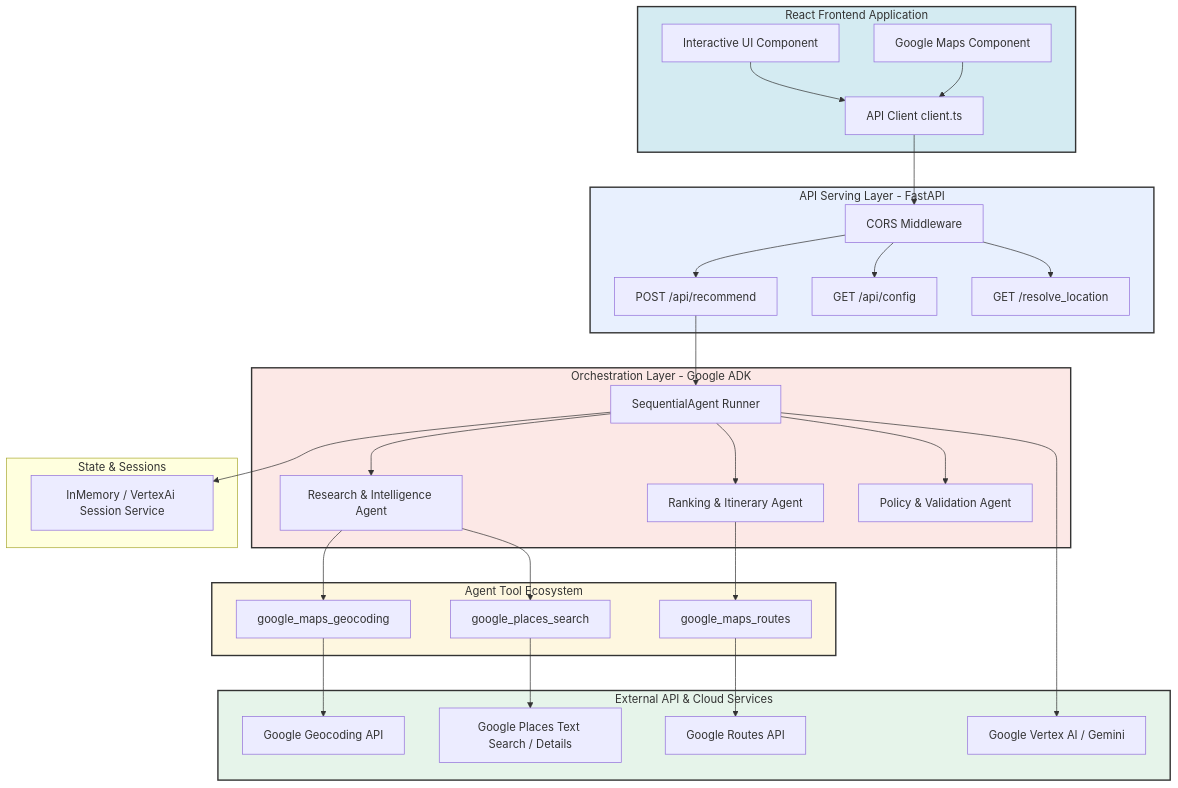
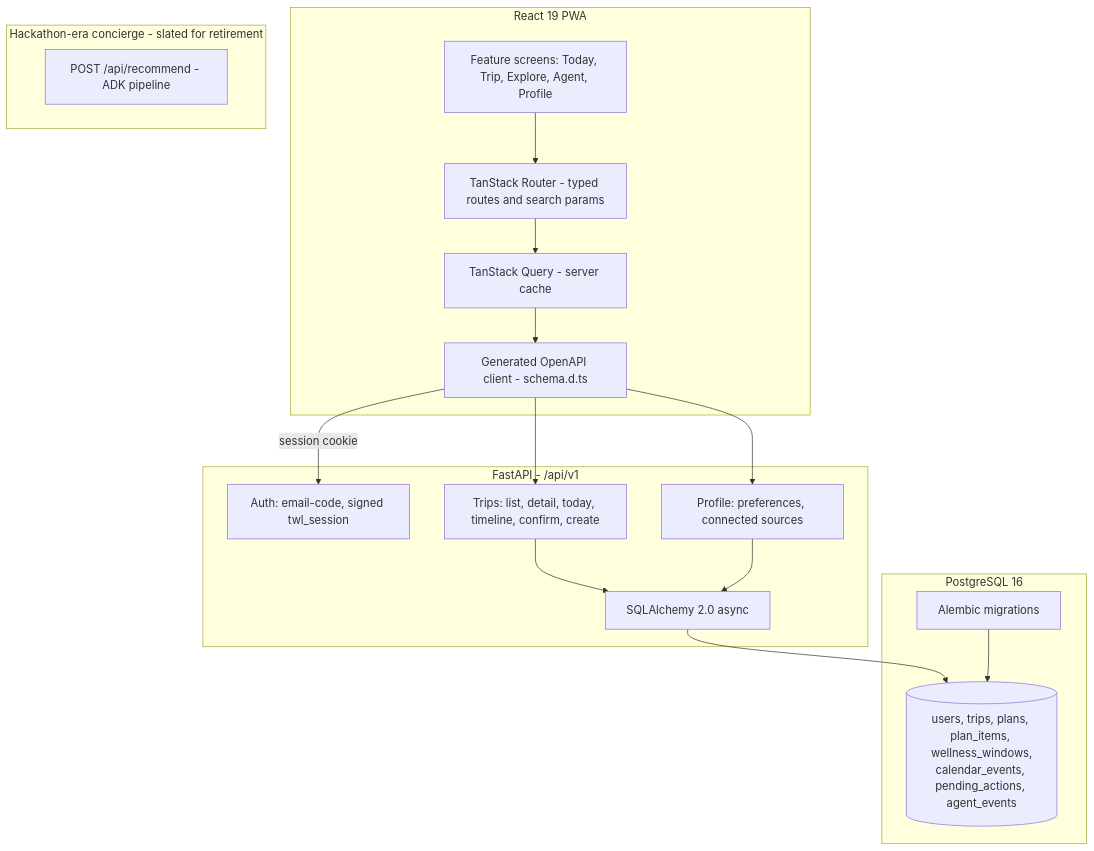
Before and after one commit to scrivner-solutions/travelwell-agent: the first of 2 diagrams in docs/ARCHITECTURE.md, drawn with Mermaid. The commit also changed other lines of this file and 7 other files, not shown here.

````diff
--- a/docs/ARCHITECTURE.md
+++ b/docs/ARCHITECTURE.md
@@ -11,47 +13,27 @@
 ```mermaid
 graph TB
-    subgraph Client [React Frontend Application]
-        UI[Interactive UI Component]
-        Map[Google Maps Component]
-        APIC[API Client client.ts]
-        UI --> APIC
-        Map --> APIC
+    subgraph Client [React 19 PWA]
+        Screens[Feature screens: Today, Trip, Explore, Agent, Profile]
+        Router[TanStack Router - typed routes and search params]
+        Query[TanStack Query - server cache]
+        GenClient[Generated OpenAPI client - schema.d.ts]
+        Screens --> Router --> Query --> GenClient
     end
 
-    subgraph API [API Serving Layer - FastAPI]
-        APIC --> CORS[CORS Middleware]
-        CORS --> RecRoute[POST /api/recommend]
-        CORS --> ConfigRoute[GET /api/config]
-        CORS --> GeocodeRoute[GET /resolve_location]
+    subgraph Backend [FastAPI - /api/v1]
+        GenClient -->|session cookie| Auth[Auth: email-code, signed twl_session]
+        GenClient --> Trips[Trips: list, detail, today, timeline, confirm, create]
+        GenClient --> Profile[Profile: preferences, connected sources]
+        Trips --> ORM[SQLAlchemy 2.0 async]
+        Profile --> ORM
     end
 
-    subgraph ADK [Orchestration Layer - Google ADK]
-        RecRoute --> SeqAgent[SequentialAgent Runner]
-        SeqAgent --> ResearchAgent[Research & Intelligence Agent]
-        SeqAgent --> RankingAgent[Ranking & Itinerary Agent]
-        SeqAgent --> PolicyAgent[Policy & Validation Agent]
+    subgraph Data [PostgreSQL 16]
+        ORM --> DB[("users, trips, plans, plan_items, wellness_windows,<br/>calendar_events, pending_actions, agent_events")]
+        Alembic[Alembic migrations] --> DB
     end
 
-    subgraph Tools [Agent Tool Ecosystem]
-        ResearchAgent --> GMapTool[google_maps_geocoding]
-        ResearchAgent --> GPlacesTool[google_places_search]
-        RankingAgent --> GRoutesTool[google_maps_routes]
+    subgraph Legacy [Hackathon-era concierge - slated for retirement]
+        RecRoute[POST /api/recommend - ADK pipeline]
     end
-
-    subgraph Cloud [External API & Cloud Services]
-        GMapTool --> GGeocode[Google Geocoding API]
-        GPlacesTool --> GPlaces[Google Places Text Search / Details]
-        GRoutesTool --> GRoutes[Google Routes API]
-        SeqAgent --> Vertex[Google Vertex AI / Gemini]
-    end
-
-    subgraph DB [State & Sessions]
-        SeqAgent --> Sessions[InMemory / VertexAi Session Service]
-    end
-
-    style Client fill:#d4ebf2,stroke:#333,stroke-width:2px
-    style API fill:#e8f0fe,stroke:#333,stroke-width:2px
-    style ADK fill:#fce8e6,stroke:#333,stroke-width:2px
-    style Tools fill:#fef7e0,stroke:#333,stroke-width:2px
-    style Cloud fill:#e6f4ea,stroke:#333,stroke-width:2px
 ```
````
